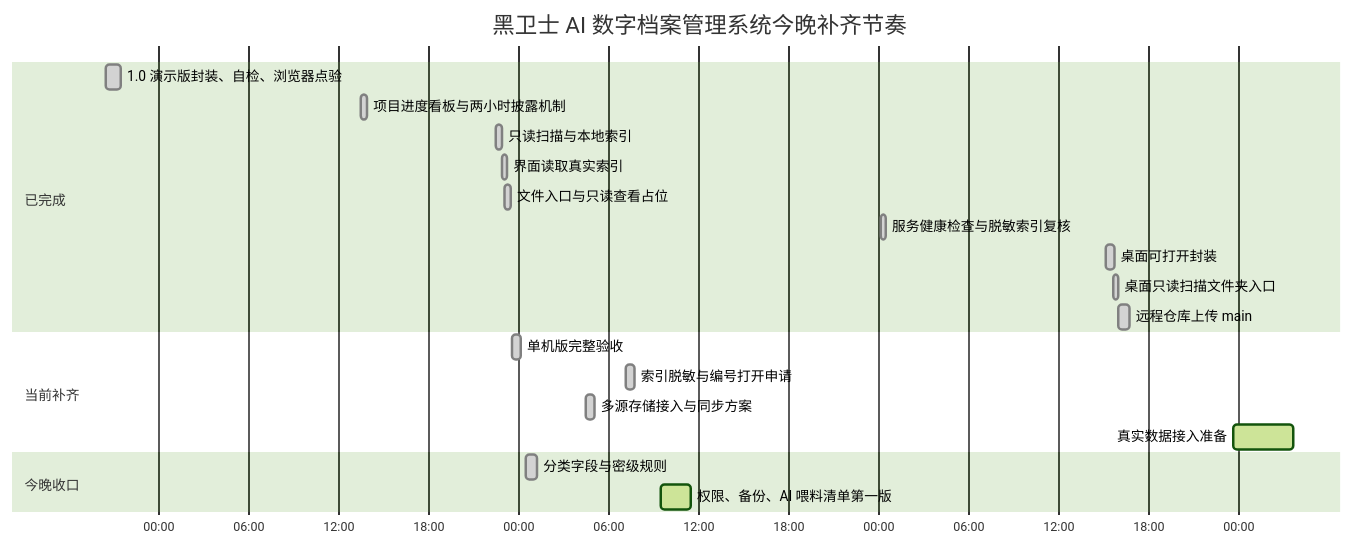
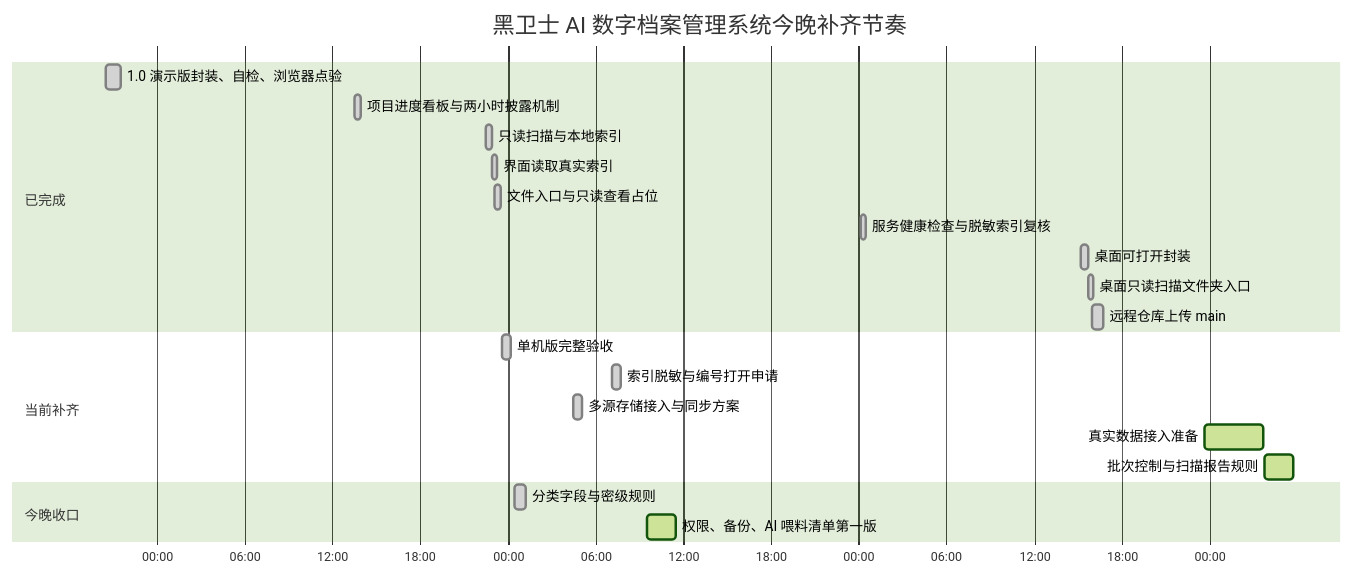
Before and after one commit to okalexhohongkong/aiDigitalArchives: the diagram in 项目进度看板.md, drawn with Mermaid (forest theme). The commit also changed other lines of this file and 6 other files, not shown here.

````diff
--- a/项目进度看板.md
+++ b/项目进度看板.md
@@ -9,27 +9,28 @@
 ```mermaid
 gantt
   title 黑卫士 AI 数字档案管理系统今晚补齐节奏
   dateFormat  YYYY-MM-DD HH:mm
   axisFormat  %H:%M
 
   section 已完成
   1.0 演示版封装、自检、浏览器点验        :done, demo-1, 2026-06-21 20:30, 1h
   项目进度看板与两小时披露机制             :done, demo-2, 2026-06-22 13:30, 25m
   只读扫描与本地索引                      :done, local-2, 2026-06-22 22:30, 25m
   界面读取真实索引                        :done, local-3, 2026-06-22 22:55, 20m
   文件入口与只读查看占位                   :done, local-4, 2026-06-22 23:05, 25m
   服务健康检查与脱敏索引复核                :done, local-health, 2026-06-24 00:10, 20m
   桌面可打开封装                           :done, desktop-1, 2026-06-24 15:10, 35m
   桌面只读扫描文件夹入口                    :done, desktop-2, 2026-06-24 15:43, 20m
   远程仓库上传 main                         :done, remote-1, 2026-06-24 16:00, 45m
 
   section 当前补齐
   单机版完整验收                          :done, local-5, 2026-06-22 23:35, 35m
   索引脱敏与编号打开申请                   :done, local-6, 2026-06-23 07:10, 35m
   多源存储接入与同步方案                   :done, storage-1, 2026-06-23 04:30, 35m
   真实数据接入准备                         :active, intake-1, 2026-06-24 23:42, 4h
+  批次控制与扫描报告规则                   :active, intake-2, 2026-06-25 03:44, 2h
 
   section 今晚收口
   分类字段与密级规则                       :done, class-1, 2026-06-23 00:30, 45m
   权限、备份、AI 喂料清单第一版             :active, class-2, 2026-06-23 09:30, 2h
 ```
````
